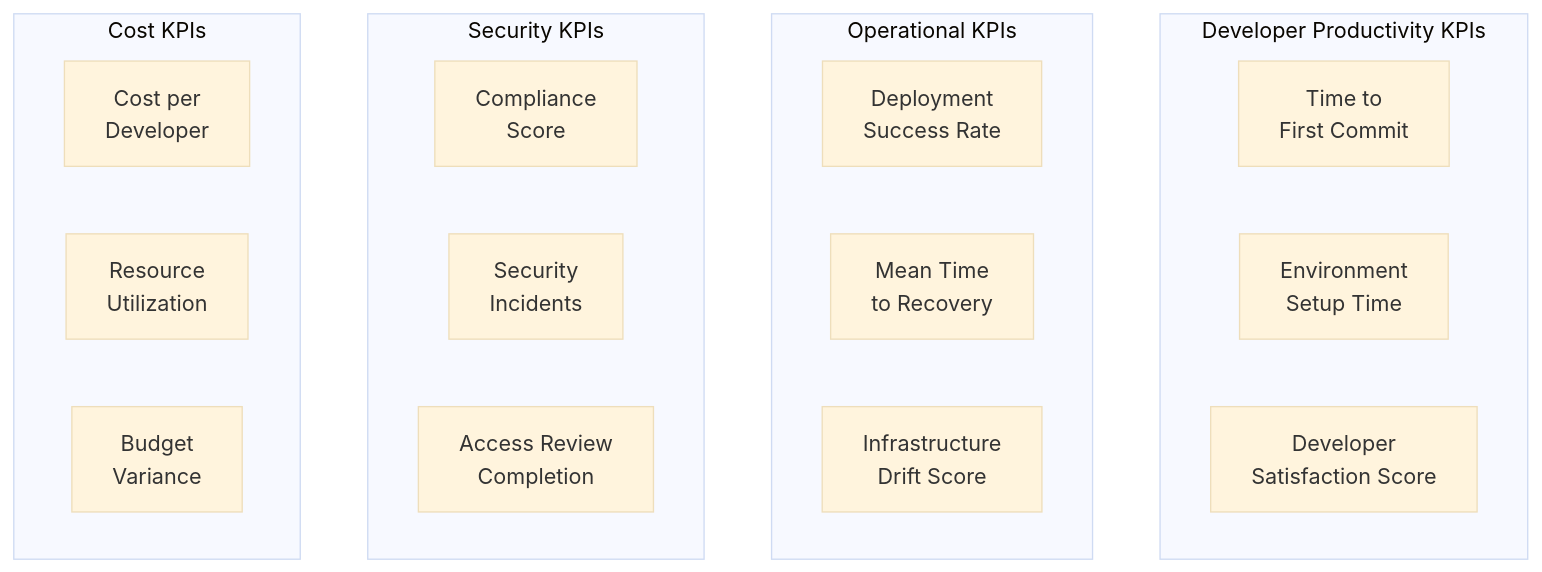
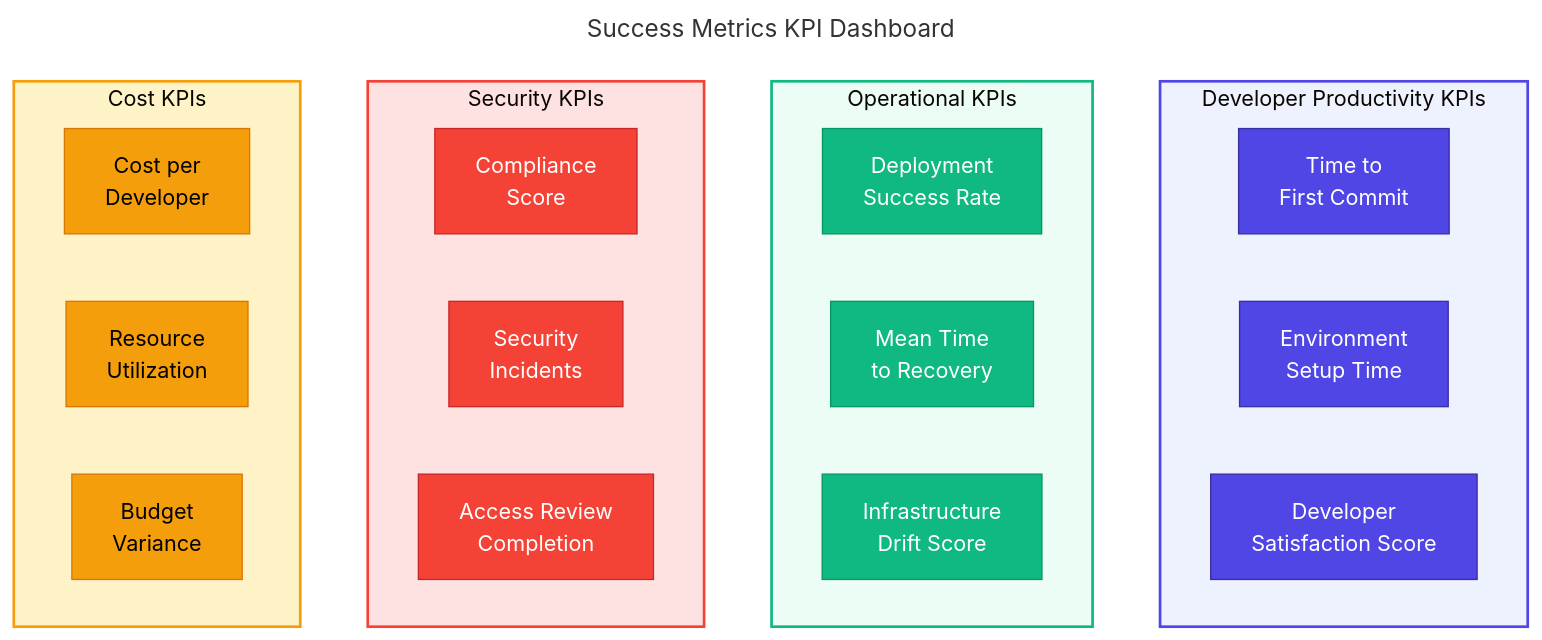
The sixth of 6 diagrams in docs/architecture/01-business-architecture.md (Evilazaro/DevExp-DevBox), drawn with Mermaid (base theme) before and after one commit. The commit also changed 1 other file, not shown here.

Commit message:
Refactor KPI and Data Categories diagrams in Business and Data Architecture documentation for improved clarity and navigation by enhancing node relationships, class definitions, and styles.

````diff
--- a/docs/architecture/01-business-architecture.md
+++ b/docs/architecture/01-business-architecture.md
@@ -485,26 +485,51 @@
 ```mermaid
+---
+title: Success Metrics KPI Dashboard
+---
 graph TB
-    subgraph "Developer Productivity KPIs"
-        KPI1[Time to<br/>First Commit]
-        KPI2[Environment<br/>Setup Time]
-        KPI3[Developer<br/>Satisfaction Score]
+    %% ===== DEVELOPER PRODUCTIVITY KPIs =====
+    subgraph devkpis["Developer Productivity KPIs"]
+        KPI1["Time to<br/>First Commit"]
+        KPI2["Environment<br/>Setup Time"]
+        KPI3["Developer<br/>Satisfaction Score"]
     end
     
-    subgraph "Operational KPIs"
-        KPI4[Deployment<br/>Success Rate]
-        KPI5[Mean Time<br/>to Recovery]
-        KPI6[Infrastructure<br/>Drift Score]
+    %% ===== OPERATIONAL KPIs =====
+    subgraph opskpis["Operational KPIs"]
+        KPI4["Deployment<br/>Success Rate"]
+        KPI5["Mean Time<br/>to Recovery"]
+        KPI6["Infrastructure<br/>Drift Score"]
     end
     
-    subgraph "Security KPIs"
-        KPI7[Compliance<br/>Score]
-        KPI8[Security<br/>Incidents]
-        KPI9[Access Review<br/>Completion]
+    %% ===== SECURITY KPIs =====
+    subgraph seckpis["Security KPIs"]
+        KPI7["Compliance<br/>Score"]
+        KPI8["Security<br/>Incidents"]
+        KPI9["Access Review<br/>Completion"]
     end
     
-    subgraph "Cost KPIs"
-        KPI10[Cost per<br/>Developer]
-        KPI11[Resource<br/>Utilization]
-        KPI12[Budget<br/>Variance]
+    %% ===== COST KPIs =====
+    subgraph costkpis["Cost KPIs"]
+        KPI10["Cost per<br/>Developer"]
+        KPI11["Resource<br/>Utilization"]
+        KPI12["Budget<br/>Variance"]
     end
+    
+    %% ===== CLASS DEFINITIONS =====
+    classDef primary fill:#4F46E5,stroke:#3730A3,color:#FFFFFF
+    classDef secondary fill:#10B981,stroke:#059669,color:#FFFFFF
+    classDef security fill:#F44336,stroke:#C62828,color:#FFFFFF
+    classDef datastore fill:#F59E0B,stroke:#D97706,color:#000000
+    
+    %% ===== CLASS ASSIGNMENTS =====
+    class KPI1,KPI2,KPI3 primary
+    class KPI4,KPI5,KPI6 secondary
+    class KPI7,KPI8,KPI9 security
+    class KPI10,KPI11,KPI12 datastore
+    
+    %% ===== SUBGRAPH STYLES =====
+    style devkpis fill:#EEF2FF,stroke:#4F46E5,stroke-width:2px
+    style opskpis fill:#ECFDF5,stroke:#10B981,stroke-width:2px
+    style seckpis fill:#FEE2E2,stroke:#F44336,stroke-width:2px
+    style costkpis fill:#FEF3C7,stroke:#F59E0B,stroke-width:2px
 ```
````
